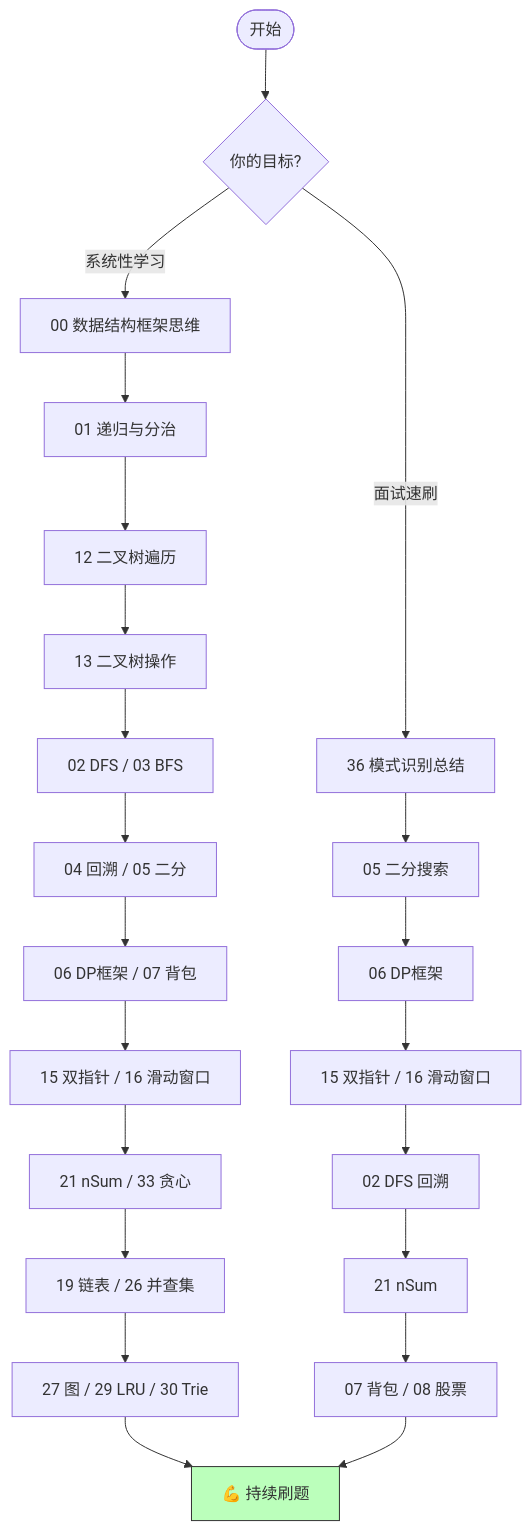
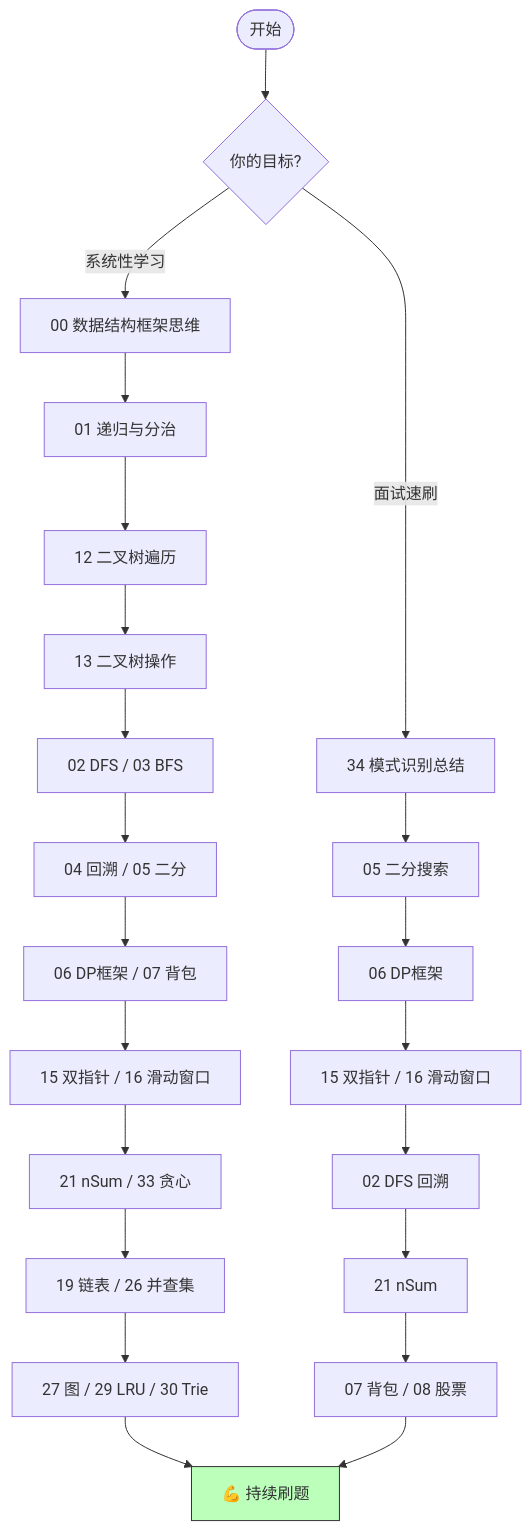
The second of 2 diagrams in algorithm-frameworks/README.md (FleetingEcho/js-algorithm), drawn with Mermaid before and after one commit. The commit also changed other lines of this file and 10 other files, not shown here.

````diff
--- a/algorithm-frameworks/README.md
+++ b/algorithm-frameworks/README.md
@@ -65,29 +66,29 @@
 ```mermaid
 flowchart TD
     START([开始]) --> CHOOSE{你的目标?}
 
     CHOOSE -->|系统性学习| SYSTEMATIC["00 数据结构框架思维"]
-    CHOOSE -->|面试速刷| QUICK["36 模式识别总结"]
+    CHOOSE -->|面试速刷| QUICK["34 模式识别总结"]
 
     SYSTEMATIC --> S01["01 递归与分治"]
     S01 --> S02["12 二叉树遍历"]
     S02 --> S03["13 二叉树操作"]
     S03 --> S04["02 DFS / 03 BFS"]
     S04 --> S05["04 回溯 / 05 二分"]
     S05 --> S06["06 DP框架 / 07 背包"]
     S06 --> S07["15 双指针 / 16 滑动窗口"]
     S07 --> S08["21 nSum / 33 贪心"]
     S08 --> S09["19 链表 / 26 并查集"]
     S09 --> S10["27 图 / 29 LRU / 30 Trie"]
     S10 --> DONE["💪 持续刷题"]
 
     QUICK --> Q01["05 二分搜索"]
     Q01 --> Q02["06 DP框架"]
     Q02 --> Q03["15 双指针 / 16 滑动窗口"]
     Q03 --> Q04["02 DFS 回溯"]
     Q04 --> Q05["21 nSum"]
     Q05 --> Q06["07 背包 / 08 股票"]
     Q06 --> DONE
 
     style DONE fill:#bfb,stroke:#333
 ```
````
